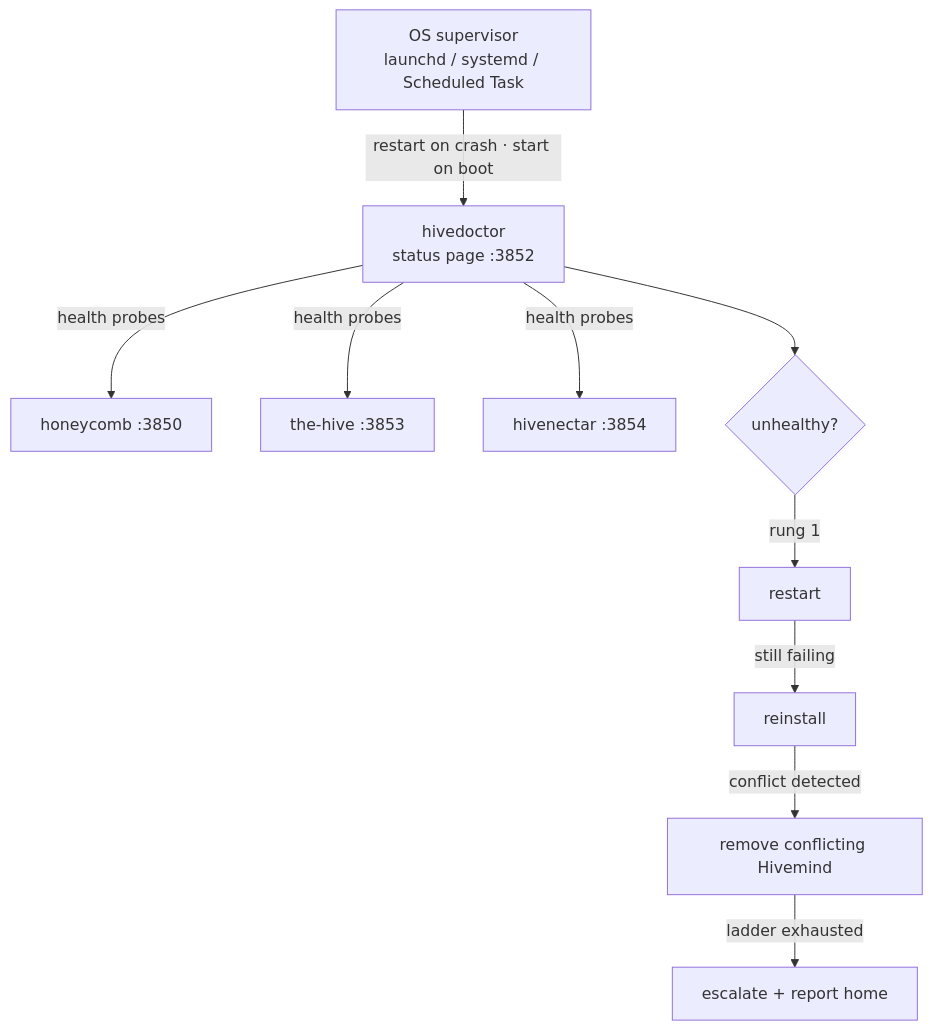
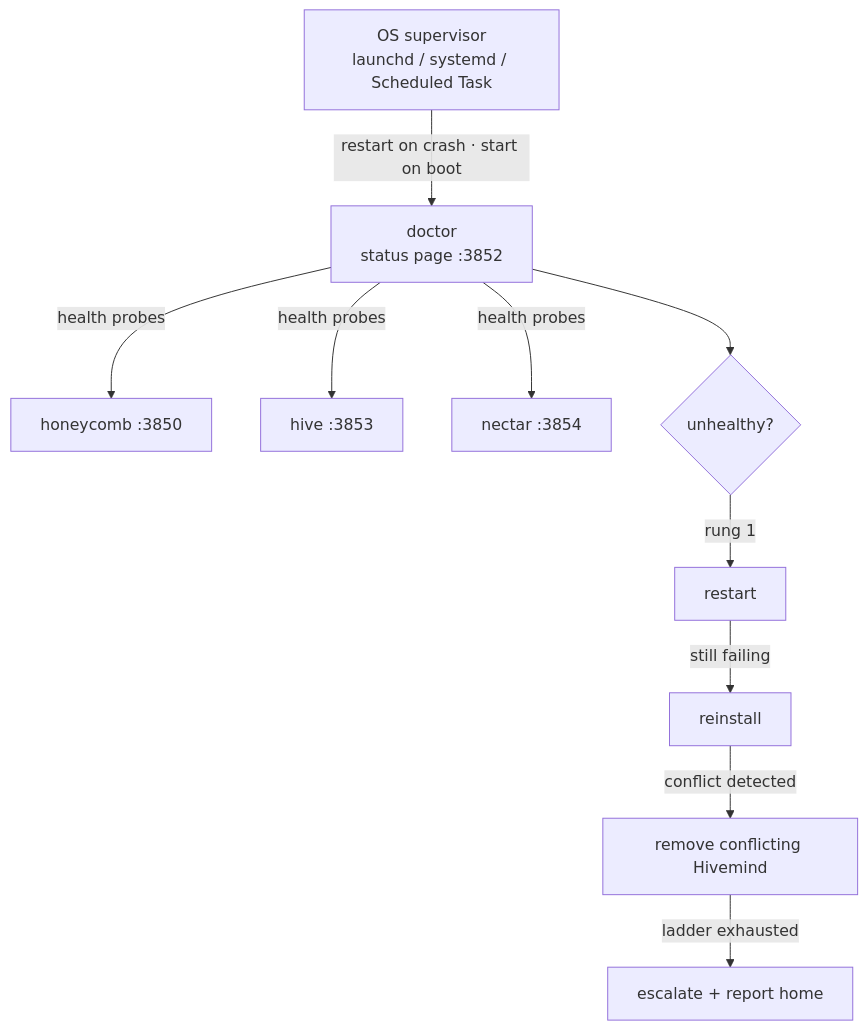
One commit to legioncodeinc/doctor changed the diagram in README.md. Above: the diagram before and after it, drawn with Mermaid. The commit also changed other lines of this file and 113 other files, not shown here.

First line of the commit message:
feat!: global product rename per decision #35 (Hivedoctor -> doctor fleet-wide)

````diff
--- a/README.md
+++ b/README.md
@@ -202,12 +202,12 @@
 ```mermaid
 flowchart TD
-    os["OS supervisor<br/>launchd / systemd / Scheduled Task"] -->|"restart on crash · start on boot"| doc["hivedoctor<br/>status page :3852"]
+    os["OS supervisor<br/>launchd / systemd / Scheduled Task"] -->|"restart on crash · start on boot"| doc["doctor<br/>status page :3852"]
     doc -->|"health probes"| hc["honeycomb :3850"]
-    doc -->|"health probes"| th["the-hive :3853"]
-    doc -->|"health probes"| hn["hivenectar :3854"]
+    doc -->|"health probes"| th["hive :3853"]
+    doc -->|"health probes"| hn["nectar :3854"]
     doc --> ladder{"unhealthy?"}
     ladder -->|"rung 1"| r1["restart"]
     r1 -->|"still failing"| r2["reinstall"]
     r2 -->|"conflict detected"| r3["remove conflicting Hivemind"]
     r3 -->|"ladder exhausted"| r4["escalate + report home"]
 ```
````
